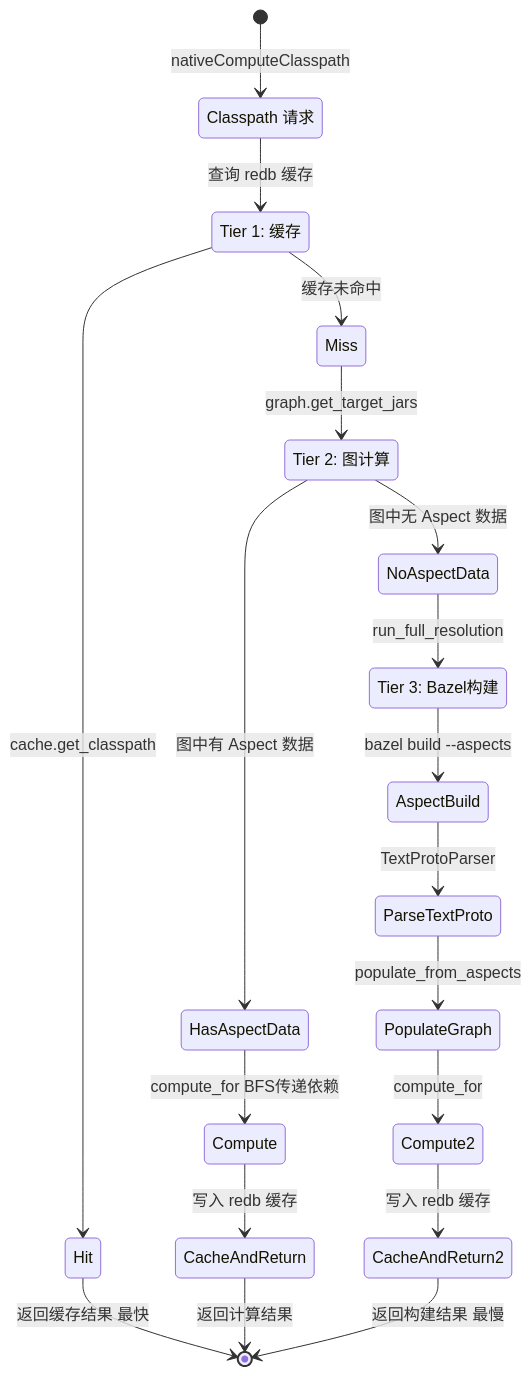
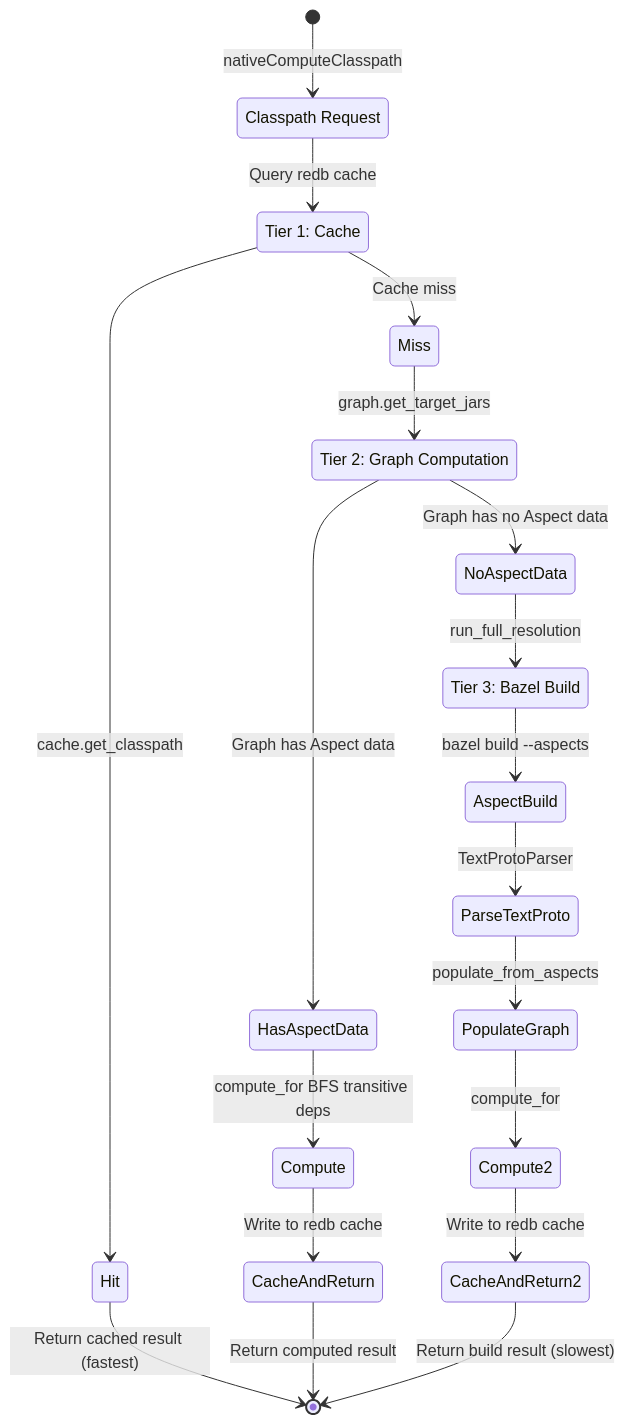
One commit to runchen0919/bazel-vscode-java-bridge changed the sixth of 9 diagrams in docs/architecture-analysis.md. Above: the diagram before and after it, drawn with Mermaid. The commit also changed other lines of this file and 2 other files, not shown here.

First line of the commit message:
docs: translate technical docs and architecture diagram from Chinese to English

````diff
--- a/docs/architecture-analysis.md
+++ b/docs/architecture-analysis.md
@@ -432,31 +432,31 @@
 ```mermaid
 stateDiagram-v2
-    state "Classpath 请求" as Request
-    state "Tier 1: 缓存" as Tier1
-    state "Tier 2: 图计算" as Tier2
-    state "Tier 3: Bazel构建" as Tier3
+    state "Classpath Request" as Request
+    state "Tier 1: Cache" as Tier1
+    state "Tier 2: Graph Computation" as Tier2
+    state "Tier 3: Bazel Build" as Tier3
 
     [*] --> Request : nativeComputeClasspath
-    Request --> Tier1 : 查询 redb 缓存
+    Request --> Tier1 : Query redb cache
 
     Tier1 --> Hit : cache.get_classpath
-    Hit --> [*] : 返回缓存结果 最快
+    Hit --> [*] : Return cached result (fastest)
 
-    Tier1 --> Miss : 缓存未命中
+    Tier1 --> Miss : Cache miss
     Miss --> Tier2 : graph.get_target_jars
 
-    Tier2 --> HasAspectData : 图中有 Aspect 数据
-    HasAspectData --> Compute : compute_for BFS传递依赖
-    Compute --> CacheAndReturn : 写入 redb 缓存
-    CacheAndReturn --> [*] : 返回计算结果
+    Tier2 --> HasAspectData : Graph has Aspect data
+    HasAspectData --> Compute : compute_for BFS transitive deps
+    Compute --> CacheAndReturn : Write to redb cache
+    CacheAndReturn --> [*] : Return computed result
 
-    Tier2 --> NoAspectData : 图中无 Aspect 数据
+    Tier2 --> NoAspectData : Graph has no Aspect data
     NoAspectData --> Tier3 : run_full_resolution
 
     Tier3 --> AspectBuild : bazel build --aspects
     AspectBuild --> ParseTextProto : TextProtoParser
     ParseTextProto --> PopulateGraph : populate_from_aspects
     PopulateGraph --> Compute2 : compute_for
-    Compute2 --> CacheAndReturn2 : 写入 redb 缓存
-    CacheAndReturn2 --> [*] : 返回构建结果 最慢
+    Compute2 --> CacheAndReturn2 : Write to redb cache
+    CacheAndReturn2 --> [*] : Return build result (slowest)
 ```
````
